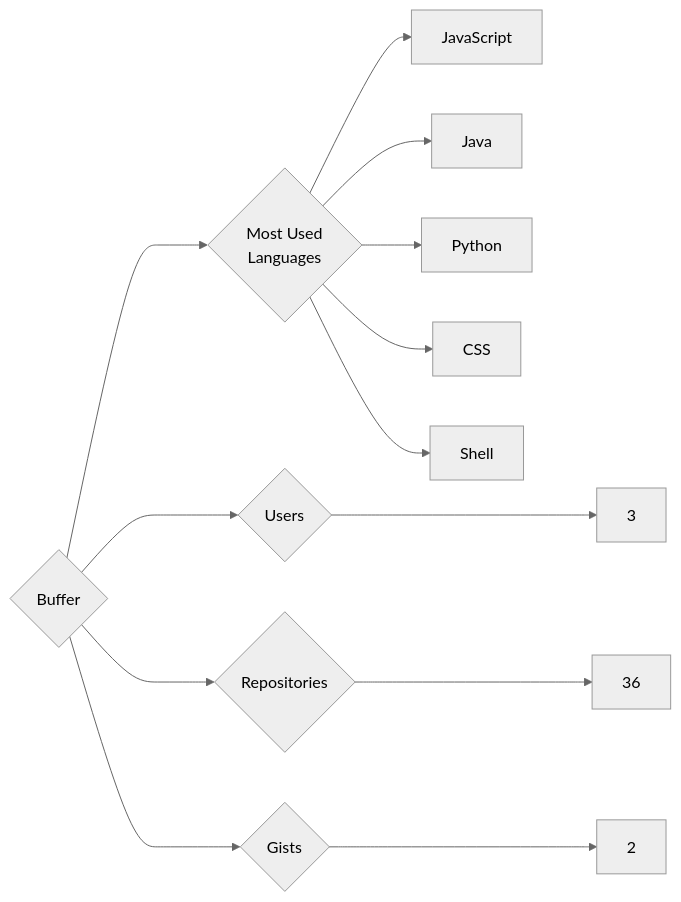
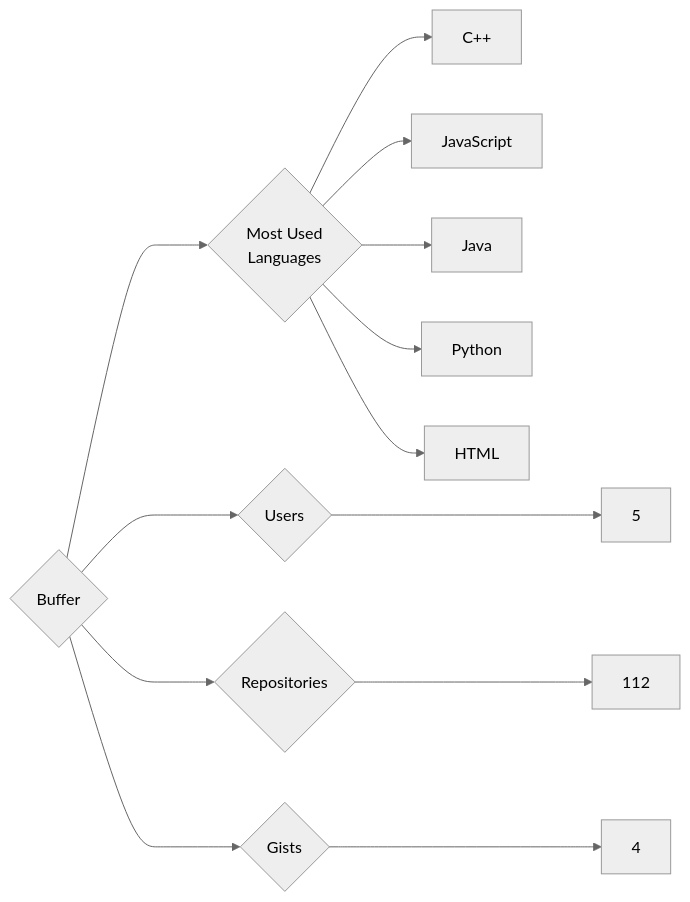
One commit to trickest/insiders changed the diagram in targets/Buffer/README.md. Above: the diagram before and after it, drawn with Mermaid (neutral theme). The commit also changed 930 other files, not shown here.

````diff
--- a/targets/Buffer/README.md
+++ b/targets/Buffer/README.md
@@ -3,13 +3,13 @@
 ```mermaid
 graph LR
 COMPANY_NAME{Buffer}
-COMPANY_NAME ---> U{Users} ---> UN[3]
-COMPANY_NAME ---> R{Repositories} ---> RN[36]
-COMPANY_NAME ---> G{Gists} ---> GN[2]
+COMPANY_NAME ---> U{Users} ---> UN[5]
+COMPANY_NAME ---> R{Repositories} ---> RN[112]
+COMPANY_NAME ---> G{Gists} ---> GN[4]
 COMPANY_NAME ---> ML{Most Used<br>Languages}
+ML --> C++[C++]
 ML --> JavaScript[JavaScript]
 ML --> Java[Java]
 ML --> Python[Python]
-ML --> CSS[CSS]
-ML --> Shell[Shell]
+ML --> HTML[HTML]
 ```
````
